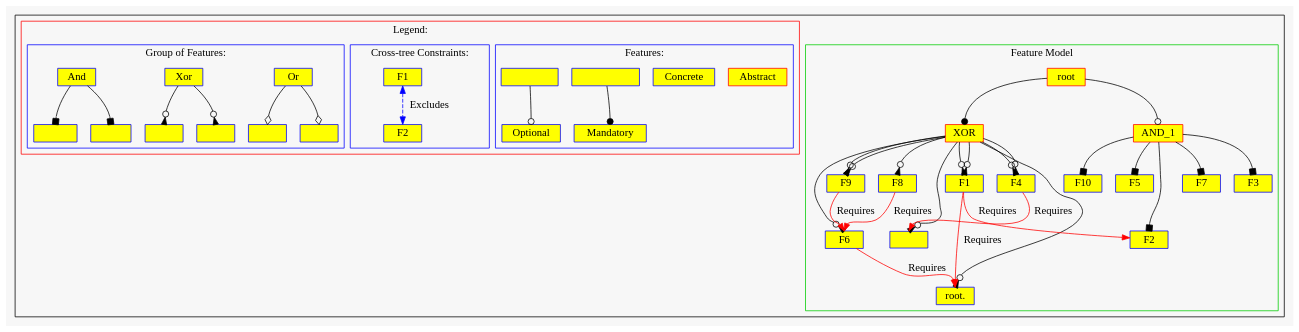
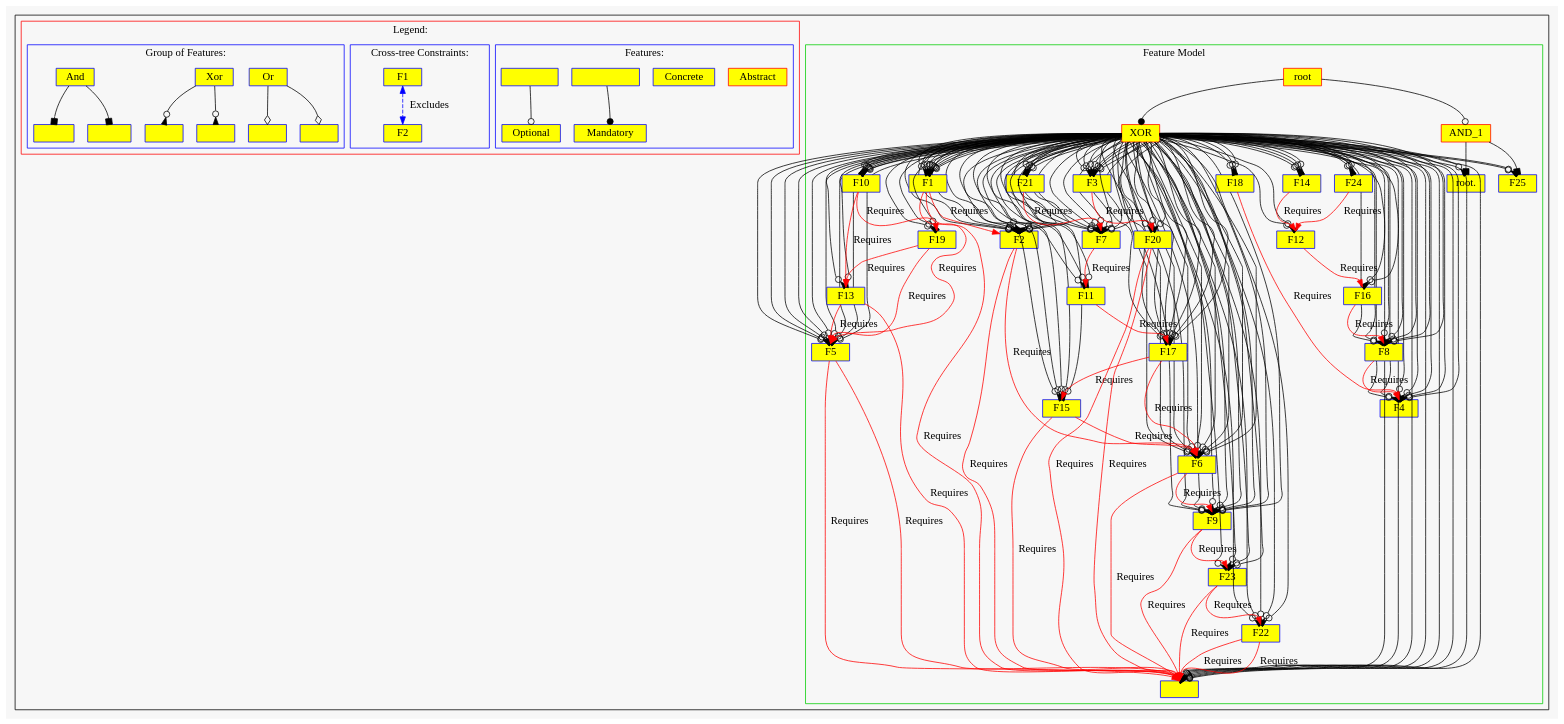
Before and after one commit to jagalindo/puzzle-testing: the diagram in refm-competition-ws/fr.inria.diverse.refm.competition.almsiedeen/FM dot/FM.dot, drawn with Graphviz. The commit also changed 329 other files, not shown here.

```diff
--- a/refm-competition-ws/fr.inria.diverse.refm.competition.almsiedeen/FM dot/FM.dot
+++ b/refm-competition-ws/fr.inria.diverse.refm.competition.almsiedeen/FM dot/FM.dot
@@ -9,33 +9,192 @@
 node [shape=box, width=0.7, height=0.3,style=filled, color=red, fillcolor=yellow1];
 "root"->"AND_1":n[arrowhead="odot"];
 node [shape=box, width=0.7, height=0.3,style=filled, color=blue, fillcolor=yellow1];
-"AND_1"->"F10":n[arrowhead="box"];
+"AND_1"->"root.":n[arrowhead="box"];
 node [shape=box, width=0.7, height=0.3,style=filled, color=blue, fillcolor=yellow1];
-"AND_1"->"F5":n[arrowhead="box"];
-node [shape=box, width=0.7, height=0.3,style=filled, color=blue, fillcolor=yellow1];
-"AND_1"->"F7":n[arrowhead="box"];
-node [shape=box, width=0.7, height=0.3,style=filled, color=blue, fillcolor=yellow1];
-"AND_1"->"F3":n[arrowhead="box"];
-node [shape=box, width=0.7, height=0.3,style=filled, color=blue, fillcolor=yellow1];
-"AND_1"->"F2":n[arrowhead="box"];
+"AND_1"->"F25":n[arrowhead="box"];
 node [shape=box, width=0.7, height=0.3,style=filled, color=red, fillcolor=yellow1];
 "root"->"XOR":n[arrowhead="dot"];
 node [shape=box, width=0.7, height=0.3,style=filled, color=blue, fillcolor=yellow1];
+"XOR"->"F2":n[arrowhead="invodot"];
+"XOR"->"F5":n[arrowhead="invodot"];
 "XOR"->"F4":n[arrowhead="invodot"];
 "XOR"->"F9":n[arrowhead="invodot"];
 "XOR"->"F1":n[arrowhead="invodot"];
-"XOR"->"F4":n[arrowhead="invodot"];
 "XOR"->"":n[arrowhead="invodot"];
 "XOR"->"F1":n[arrowhead="invodot"];
-"XOR"->"root.":n[arrowhead="invodot"];
+"XOR"->"F6":n[arrowhead="invodot"];
+"XOR"->"F9":n[arrowhead="invodot"];
+"XOR"->"F8":n[arrowhead="invodot"];
+"XOR"->"F4":n[arrowhead="invodot"];
+"XOR"->"F6":n[arrowhead="invodot"];
+"XOR"->"F7":n[arrowhead="invodot"];
+"XOR"->"F9":n[arrowhead="invodot"];
+"XOR"->"F6":n[arrowhead="invodot"];
+"XOR"->"F2":n[arrowhead="invodot"];
+"XOR"->"F7":n[arrowhead="invodot"];
+"XOR"->"F4":n[arrowhead="invodot"];
+"XOR"->"F8":n[arrowhead="invodot"];
+"XOR"->"F5":n[arrowhead="invodot"];
+"XOR"->"":n[arrowhead="invodot"];
+"XOR"->"F5":n[arrowhead="invodot"];
+"XOR"->"F9":n[arrowhead="invodot"];
+"XOR"->"F4":n[arrowhead="invodot"];
+"XOR"->"F1":n[arrowhead="invodot"];
+"XOR"->"F10":n[arrowhead="invodot"];
+"XOR"->"F2":n[arrowhead="invodot"];
+"XOR"->"F3":n[arrowhead="invodot"];
+"XOR"->"F7":n[arrowhead="invodot"];
+"XOR"->"F6":n[arrowhead="invodot"];
+"XOR"->"F9":n[arrowhead="invodot"];
+"XOR"->"F2":n[arrowhead="invodot"];
+"XOR"->"F6":n[arrowhead="invodot"];
+"XOR"->"F3":n[arrowhead="invodot"];
+"XOR"->"":n[arrowhead="invodot"];
+"XOR"->"F5":n[arrowhead="invodot"];
+"XOR"->"F10":n[arrowhead="invodot"];
+"XOR"->"F2":n[arrowhead="invodot"];
+"XOR"->"F9":n[arrowhead="invodot"];
+"XOR"->"F7":n[arrowhead="invodot"];
+"XOR"->"F4":n[arrowhead="invodot"];
+"XOR"->"F1":n[arrowhead="invodot"];
+"XOR"->"F5":n[arrowhead="invodot"];
+"XOR"->"F1":n[arrowhead="invodot"];
 "XOR"->"F6":n[arrowhead="invodot"];
 "XOR"->"F8":n[arrowhead="invodot"];
+"XOR"->"F7":n[arrowhead="invodot"];
+"XOR"->"F2":n[arrowhead="invodot"];
+"XOR"->"F10":n[arrowhead="invodot"];
+"XOR"->"F1":n[arrowhead="invodot"];
+"XOR"->"F3":n[arrowhead="invodot"];
+"XOR"->"F5":n[arrowhead="invodot"];
+"XOR"->"F21":n[arrowhead="invodot"];
+"XOR"->"F14":n[arrowhead="invodot"];
+"XOR"->"":n[arrowhead="invodot"];
+"XOR"->"F17":n[arrowhead="invodot"];
+"XOR"->"F23":n[arrowhead="invodot"];
+"XOR"->"F2":n[arrowhead="invodot"];
+"XOR"->"F15":n[arrowhead="invodot"];
+"XOR"->"F3":n[arrowhead="invodot"];
+"XOR"->"":n[arrowhead="invodot"];
+"XOR"->"F8":n[arrowhead="invodot"];
+"XOR"->"F7":n[arrowhead="invodot"];
+"XOR"->"F17":n[arrowhead="invodot"];
+"XOR"->"F21":n[arrowhead="invodot"];
+"XOR"->"F20":n[arrowhead="invodot"];
+"XOR"->"F24":n[arrowhead="invodot"];
 "XOR"->"F9":n[arrowhead="invodot"];
-"F1"->"root.":n[color="red",label="Requires"];
-"F6"->"root.":n[color="red",label="Requires"];
-"F8"->"F6":n[color="red",label="Requires"];
-"F9"->"F6":n[color="red",label="Requires"];
-"F4"->"":n[color="red",label="Requires"];
+"XOR"->"F18":n[arrowhead="invodot"];
+"XOR"->"":n[arrowhead="invodot"];
+"XOR"->"F5":n[arrowhead="invodot"];
+"XOR"->"F17":n[arrowhead="invodot"];
+"XOR"->"F14":n[arrowhead="invodot"];
+"XOR"->"F6":n[arrowhead="invodot"];
+"XOR"->"F22":n[arrowhead="invodot"];
+"XOR"->"F17":n[arrowhead="invodot"];
+"XOR"->"F13":n[arrowhead="invodot"];
+"XOR"->"F3":n[arrowhead="invodot"];
+"XOR"->"F8":n[arrowhead="invodot"];
+"XOR"->"F24":n[arrowhead="invodot"];
+"XOR"->"F22":n[arrowhead="invodot"];
+"XOR"->"F6":n[arrowhead="invodot"];
+"XOR"->"F1":n[arrowhead="invodot"];
+"XOR"->"F10":n[arrowhead="invodot"];
+"XOR"->"":n[arrowhead="invodot"];
+"XOR"->"F12":n[arrowhead="invodot"];
+"XOR"->"F18":n[arrowhead="invodot"];
+"XOR"->"F16":n[arrowhead="invodot"];
+"XOR"->"F5":n[arrowhead="invodot"];
+"XOR"->"F4":n[arrowhead="invodot"];
+"XOR"->"F7":n[arrowhead="invodot"];
+"XOR"->"F20":n[arrowhead="invodot"];
+"XOR"->"F23":n[arrowhead="invodot"];
+"XOR"->"F9":n[arrowhead="invodot"];
+"XOR"->"F25":n[arrowhead="invodot"];
+"XOR"->"F2":n[arrowhead="invodot"];
+"XOR"->"F11":n[arrowhead="invodot"];
+"XOR"->"F15":n[arrowhead="invodot"];
+"XOR"->"F19":n[arrowhead="invodot"];
+"XOR"->"F14":n[arrowhead="invodot"];
+"XOR"->"F17":n[arrowhead="invodot"];
+"XOR"->"F8":n[arrowhead="invodot"];
+"XOR"->"F22":n[arrowhead="invodot"];
+"XOR"->"F23":n[arrowhead="invodot"];
+"XOR"->"F19":n[arrowhead="invodot"];
+"XOR"->"F1":n[arrowhead="invodot"];
+"XOR"->"F3":n[arrowhead="invodot"];
+"XOR"->"F10":n[arrowhead="invodot"];
+"XOR"->"F22":n[arrowhead="invodot"];
+"XOR"->"F15":n[arrowhead="invodot"];
+"XOR"->"F17":n[arrowhead="invodot"];
+"XOR"->"":n[arrowhead="invodot"];
+"XOR"->"F12":n[arrowhead="invodot"];
+"XOR"->"F23":n[arrowhead="invodot"];
+"XOR"->"F7":n[arrowhead="invodot"];
+"XOR"->"F15":n[arrowhead="invodot"];
+"XOR"->"F2":n[arrowhead="invodot"];
+"XOR"->"F11":n[arrowhead="invodot"];
+"XOR"->"F3":n[arrowhead="invodot"];
+"XOR"->"root.":n[arrowhead="invodot"];
+"XOR"->"F5":n[arrowhead="invodot"];
+"XOR"->"F22":n[arrowhead="invodot"];
+"XOR"->"F16":n[arrowhead="invodot"];
+"XOR"->"F14":n[arrowhead="invodot"];
+"XOR"->"F17":n[arrowhead="invodot"];
+"XOR"->"F20":n[arrowhead="invodot"];
+"XOR"->"F8":n[arrowhead="invodot"];
+"XOR"->"F21":n[arrowhead="invodot"];
+"XOR"->"F25":n[arrowhead="invodot"];
+"XOR"->"F19":n[arrowhead="invodot"];
+"XOR"->"F4":n[arrowhead="invodot"];
+"XOR"->"F1":n[arrowhead="invodot"];
+"XOR"->"F18":n[arrowhead="invodot"];
+"XOR"->"F24":n[arrowhead="invodot"];
+"XOR"->"F10":n[arrowhead="invodot"];
+"XOR"->"F6":n[arrowhead="invodot"];
+"XOR"->"F13":n[arrowhead="invodot"];
+"XOR"->"F9":n[arrowhead="invodot"];
+"XOR"->"F2":n[arrowhead="invodot"];
+"XOR"->"F7":n[arrowhead="invodot"];
+"XOR"->"F11":n[arrowhead="invodot"];
+"XOR"->"F17":n[arrowhead="invodot"];
+"XOR"->"F15":n[arrowhead="invodot"];
+"XOR"->"F21":n[arrowhead="invodot"];
+"F8"->"F4":n[color="red",label="Requires"];
+"F18"->"F4":n[color="red",label="Requires"];
+"F16"->"F8":n[color="red",label="Requires"];
+"F12"->"F16":n[color="red",label="Requires"];
+"F14"->"F12":n[color="red",label="Requires"];
+"F24"->"F12":n[color="red",label="Requires"];
+"F20"->"":n[color="red",label="Requires"];
+"F20"->"":n[color="red",label="Requires"];
+"F3"->"F20":n[color="red",label="Requires"];
+"F5"->"":n[color="red",label="Requires"];
+"F5"->"":n[color="red",label="Requires"];
+"F1"->"":n[color="red",label="Requires"];
+"F1"->"F5":n[color="red",label="Requires"];
+"F13"->"":n[color="red",label="Requires"];
+"F13"->"F5":n[color="red",label="Requires"];
+"F19"->"F5":n[color="red",label="Requires"];
+"F19"->"F13":n[color="red",label="Requires"];
+"F10"->"F13":n[color="red",label="Requires"];
+"F10"->"F19":n[color="red",label="Requires"];
+"F22"->"":n[color="red",label="Requires"];
+"F22"->"":n[color="red",label="Requires"];
+"F23"->"":n[color="red",label="Requires"];
+"F23"->"F22":n[color="red",label="Requires"];
+"F9"->"":n[color="red",label="Requires"];
+"F9"->"F23":n[color="red",label="Requires"];
+"F6"->"":n[color="red",label="Requires"];
+"F6"->"F9":n[color="red",label="Requires"];
+"F15"->"":n[color="red",label="Requires"];
+"F15"->"F6":n[color="red",label="Requires"];
+"F17"->"F6":n[color="red",label="Requires"];
+"F17"->"F15":n[color="red",label="Requires"];
+"F2"->"":n[color="red",label="Requires"];
+"F2"->"F6":n[color="red",label="Requires"];
+"F11"->"F17":n[color="red",label="Requires"];
+"F7"->"F11":n[color="red",label="Requires"];
+"F21"->"F7":n[color="red",label="Requires"];
 	label = "Feature Model";
 	color=green3;	}
 subgraph cluster_3{
```
